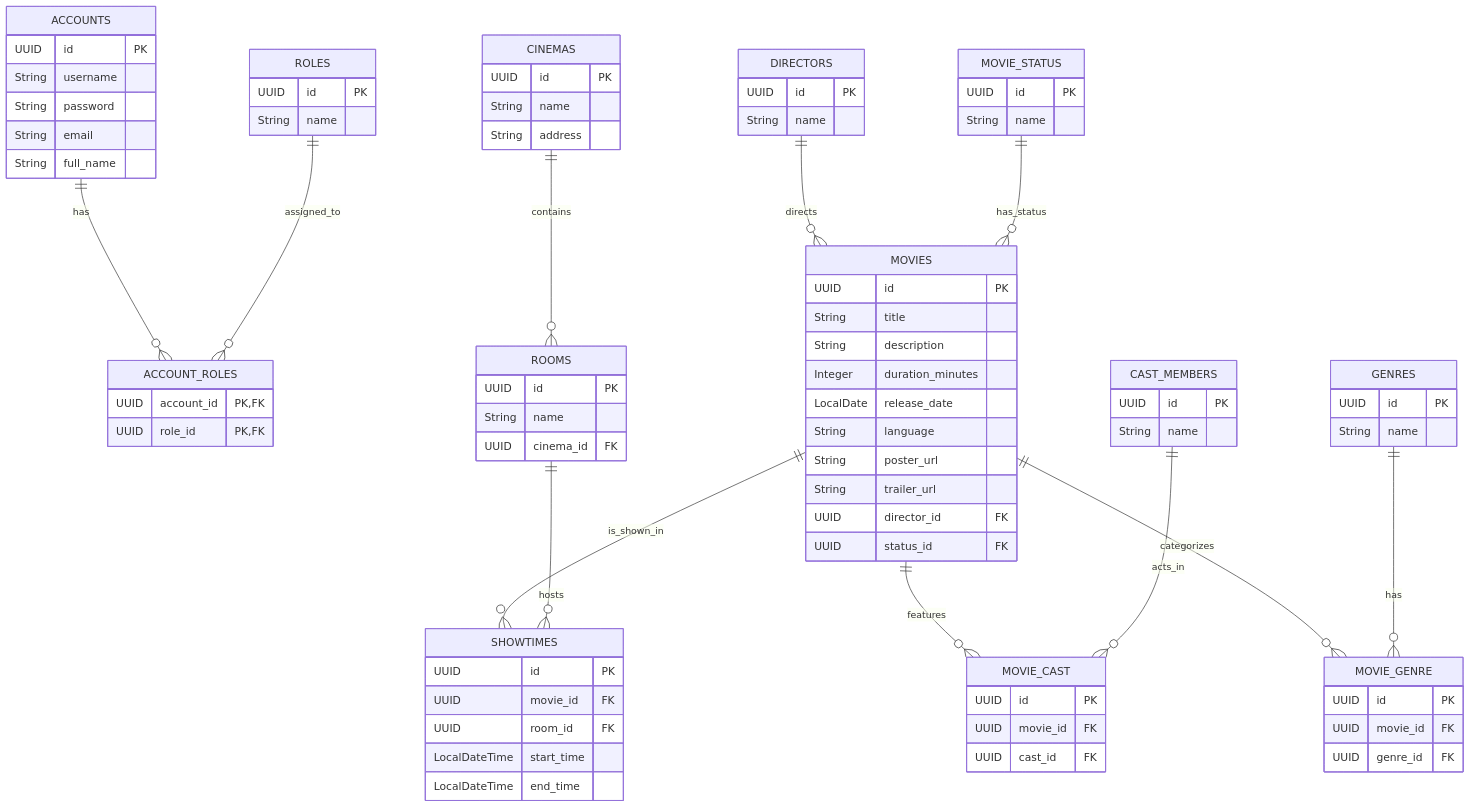
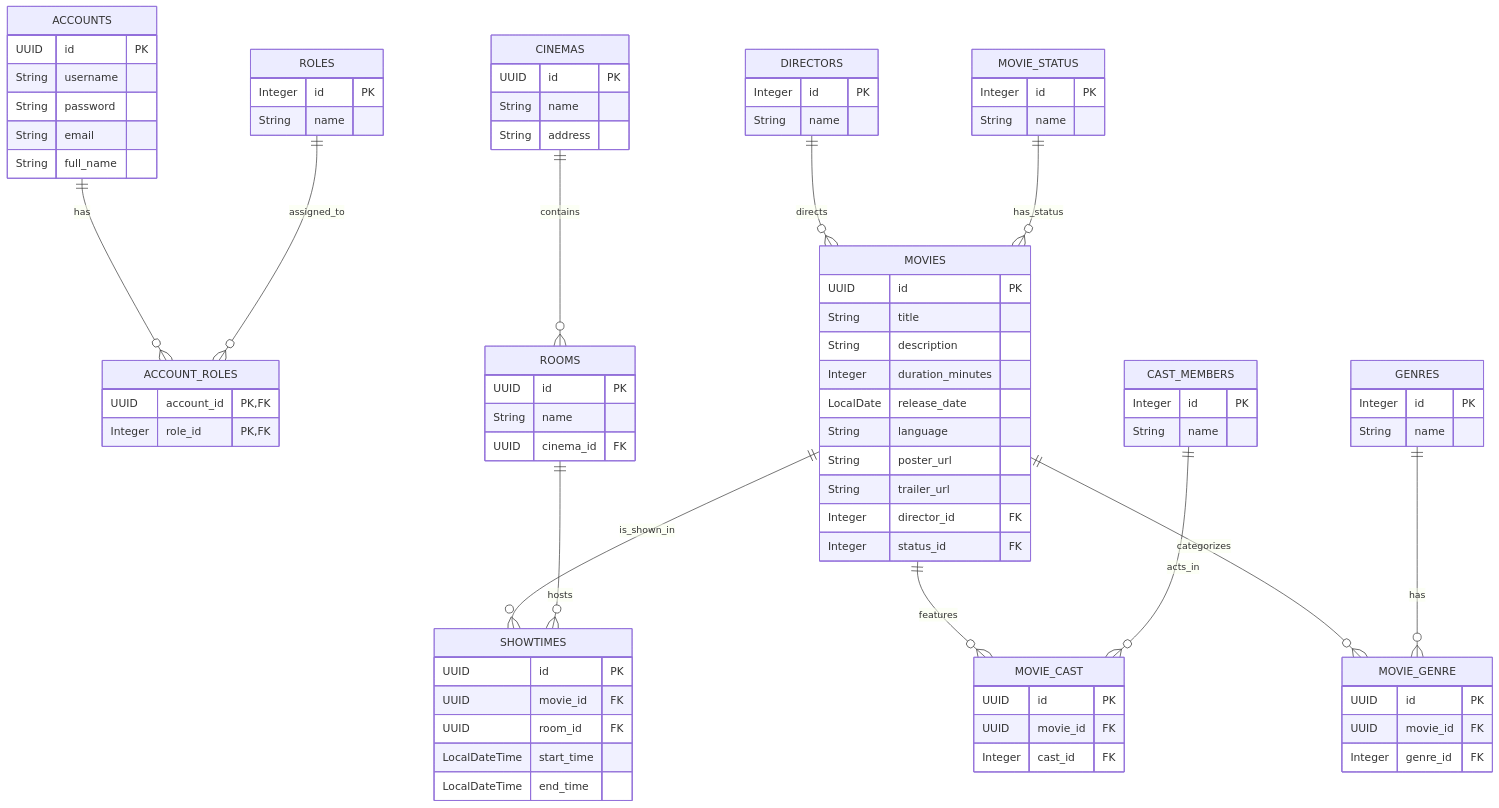
One commit to khanh071006/Movie-Ticket-Booking-System- changed the diagram in docs/DATABASE.md. Above: the diagram before and after it, drawn with Mermaid. The commit also changed other lines of this file and 26 other files, not shown here.

Commit message:
feat(database): refactor dictionary entities ID from UUID to Integer

```diff
--- a/docs/DATABASE.md
+++ b/docs/DATABASE.md
@@ -23,13 +23,13 @@
     }
 
     ROLES {
-        UUID id PK
+        Integer id PK
         String name
     }
 
     ACCOUNT_ROLES {
         UUID account_id PK, FK
-        UUID role_id PK, FK
+        Integer role_id PK, FK
     }
 
     MOVIES {
@@ -41,40 +41,40 @@
         String language
         String poster_url
         String trailer_url
-        UUID director_id FK
-        UUID status_id FK
+        Integer director_id FK
+        Integer status_id FK
     }
 
     DIRECTORS {
-        UUID id PK
+        Integer id PK
         String name
     }
 
     MOVIE_STATUS {
-        UUID id PK
+        Integer id PK
         String name
     }
 
     CAST_MEMBERS {
-        UUID id PK
+        Integer id PK
         String name
     }
 
     GENRES {
-        UUID id PK
+        Integer id PK
         String name
     }
 
     MOVIE_CAST {
         UUID id PK
         UUID movie_id FK
-        UUID cast_id FK
+        Integer cast_id FK
     }
 
     MOVIE_GENRE {
         UUID id PK
         UUID movie_id FK
-        UUID genre_id FK
+        Integer genre_id FK
     }
 
     CINEMAS {
```
